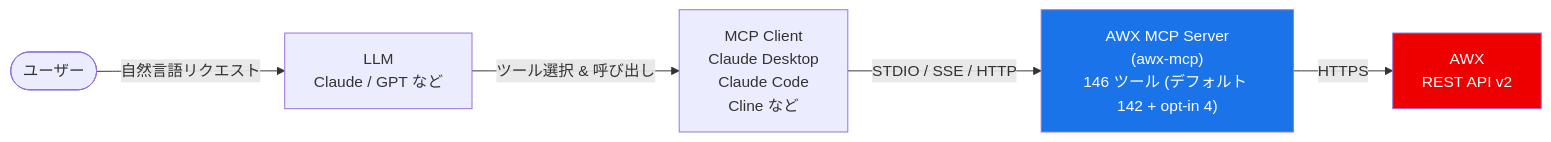
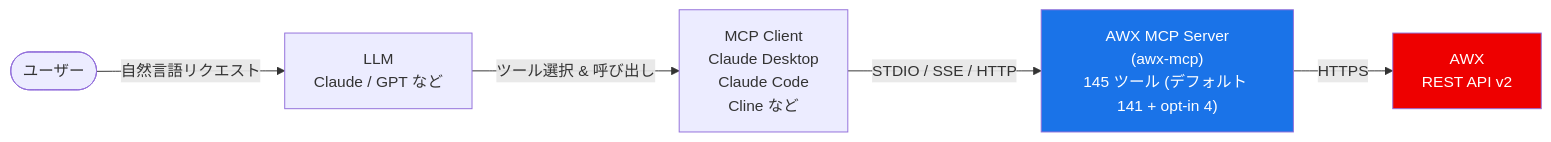
Before and after one commit to argon-kr/awx-mcp: the diagram in README.ja.md, drawn with Mermaid. The commit also changed other lines of this file and 21 other files, not shown here.

````diff
--- a/README.ja.md
+++ b/README.ja.md
@@ -91,16 +91,16 @@
 ```mermaid
 flowchart LR
     User([ユーザー])
     LLM[LLM<br/>Claude / GPT など]
     MCP[MCP Client<br/>Claude Desktop<br/>Claude Code<br/>Cline など]
-    AWX_MCP["AWX MCP Server<br/>(awx-mcp)<br/>146 ツール (デフォルト 142 + opt-in 4)"]
+    AWX_MCP["AWX MCP Server<br/>(awx-mcp)<br/>145 ツール (デフォルト 141 + opt-in 4)"]
     AWX[AWX<br/>REST API v2]
 
     User -- 自然言語リクエスト --> LLM
     LLM -- ツール選択 & 呼び出し --> MCP
     MCP -- "STDIO / SSE / HTTP" --> AWX_MCP
     AWX_MCP -- HTTPS --> AWX
 
     style AWX_MCP fill:#1a73e8,color:#fff
     style AWX fill:#ee0000,color:#fff
 ```
````
